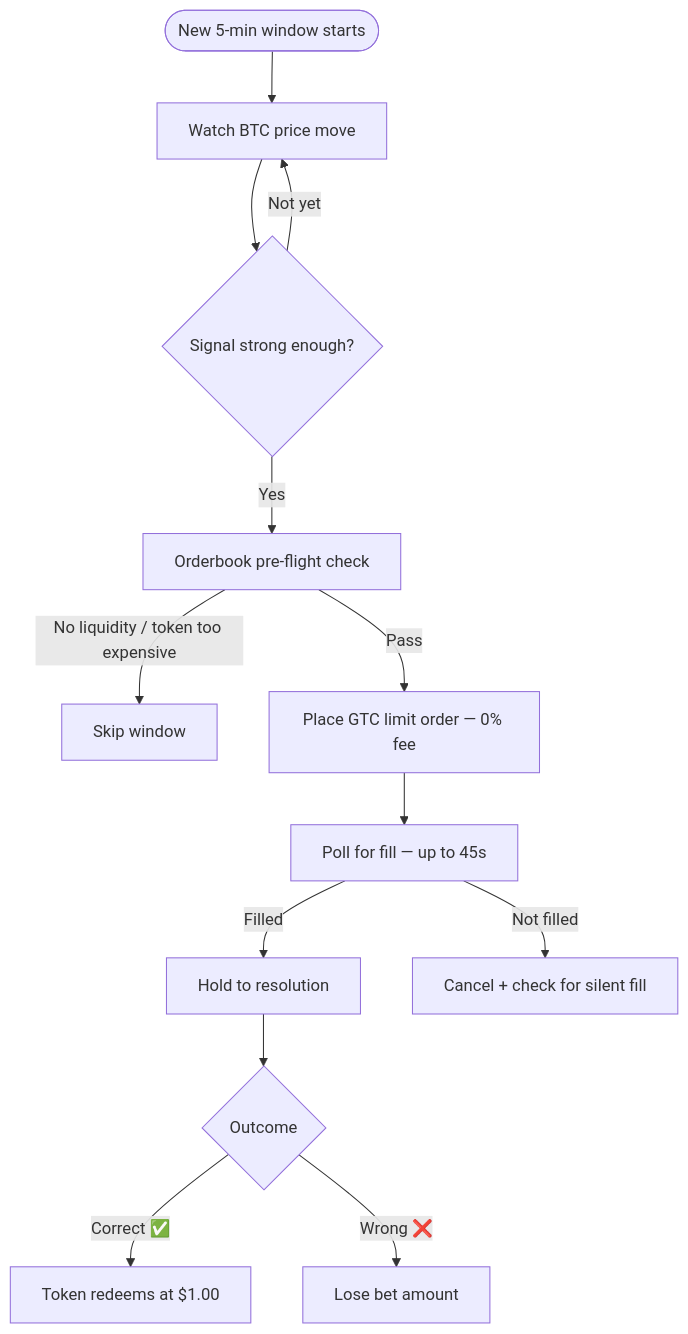
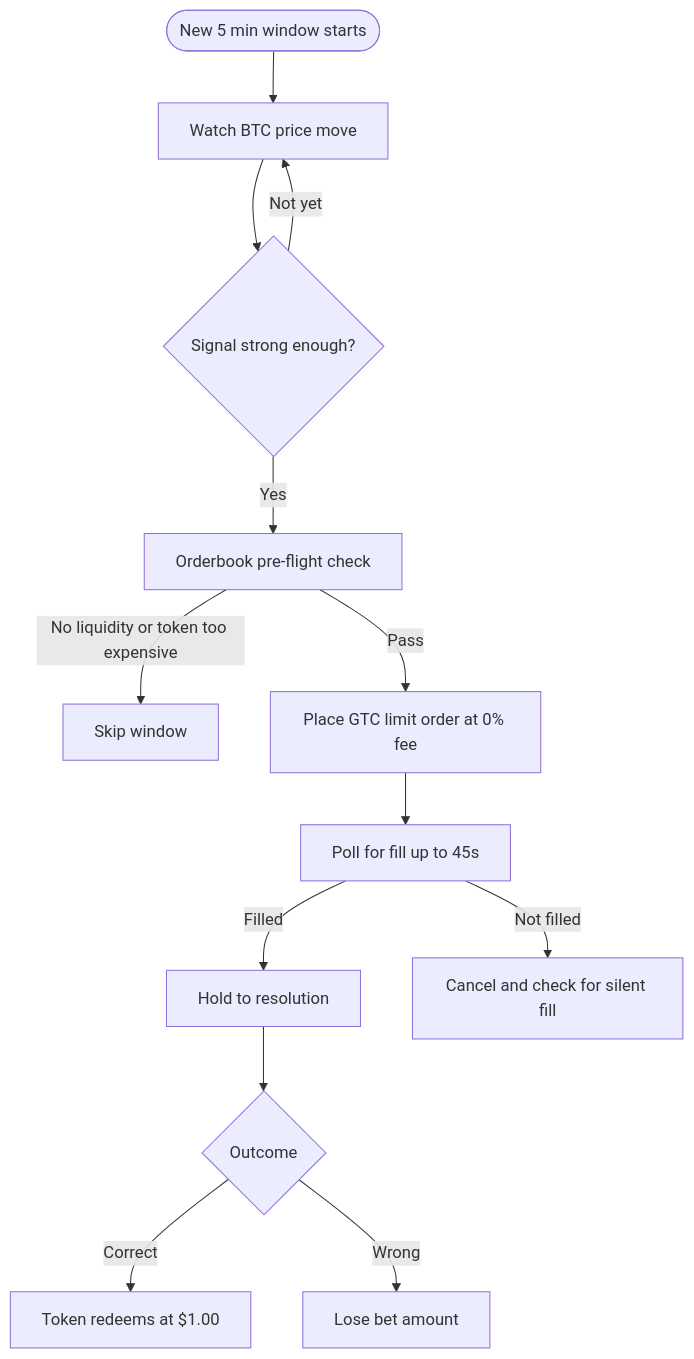
The diagram in README.md (Suuuryaa/polymarket-edge-research), drawn with Mermaid before and after one commit. The commit also changed other lines of this file, not shown here.

````diff
--- a/README.md
+++ b/README.md
@@ -26,15 +20,15 @@
 ```mermaid
 flowchart TD
-    A([New 5-min window starts]) --> B[Watch BTC price move]
+    A([New 5 min window starts]) --> B[Watch BTC price move]
     B --> C{Signal strong enough?}
     C -->|Not yet| B
     C -->|Yes| D[Orderbook pre-flight check]
-    D -->|No liquidity / token too expensive| E[Skip window]
-    D -->|Pass| F[Place GTC limit order — 0% fee]
-    F --> G[Poll for fill — up to 45s]
+    D -->|No liquidity or token too expensive| E[Skip window]
+    D -->|Pass| F[Place GTC limit order at 0% fee]
+    F --> G[Poll for fill up to 45s]
     G -->|Filled| H[Hold to resolution]
-    G -->|Not filled| I[Cancel + check for silent fill]
+    G -->|Not filled| I[Cancel and check for silent fill]
     H --> J{Outcome}
-    J -->|Correct ✅| K[Token redeems at $1.00]
-    J -->|Wrong ❌| L[Lose bet amount]
+    J -->|Correct| K[Token redeems at $1.00]
+    J -->|Wrong| L[Lose bet amount]
 ```
````
